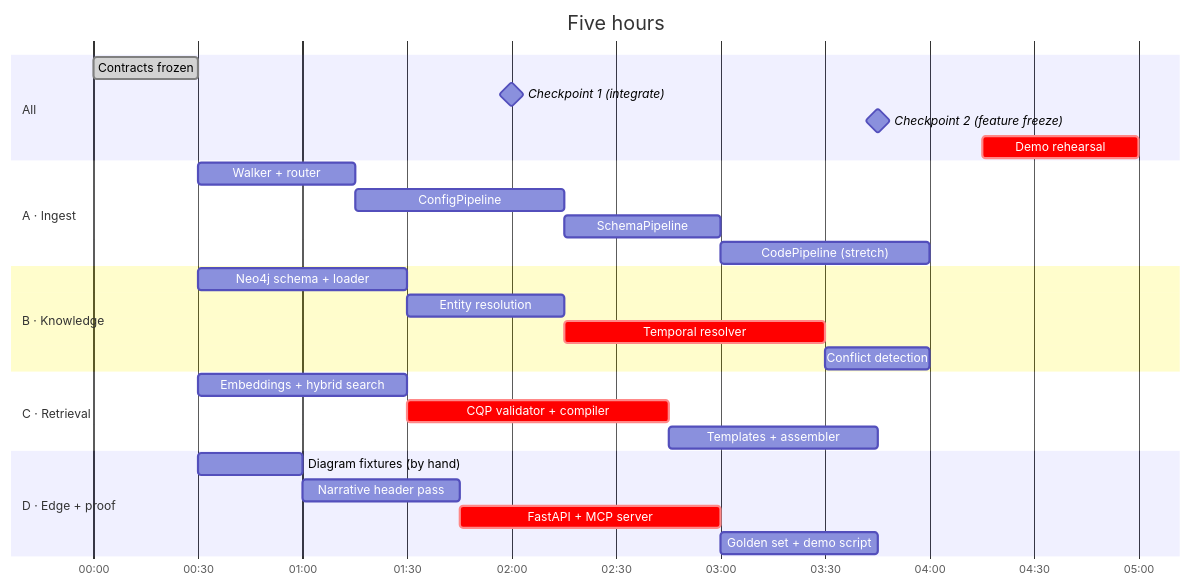
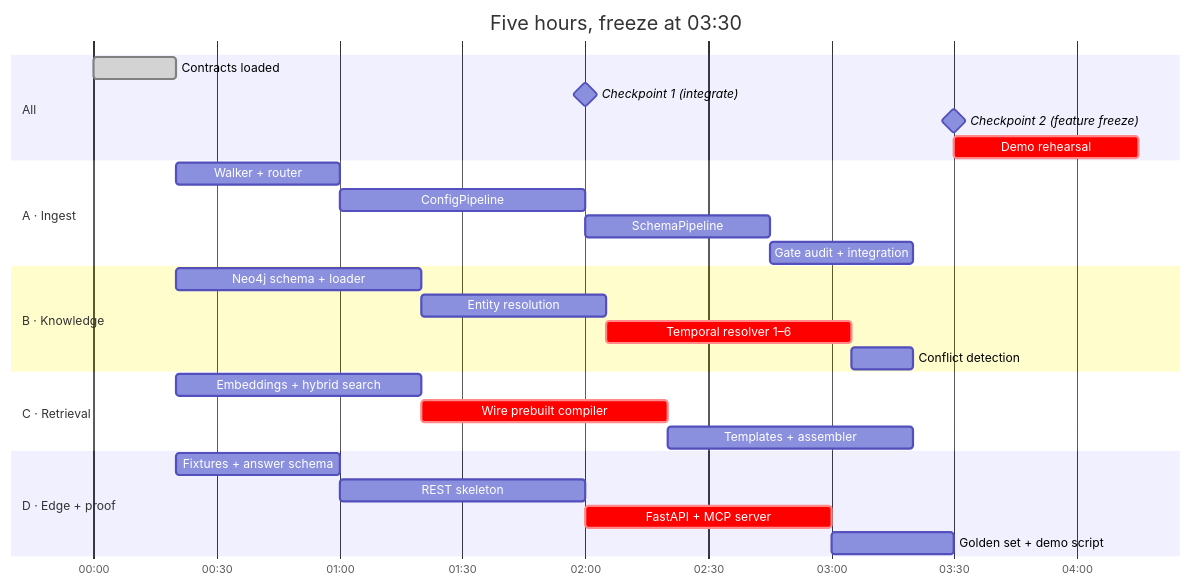
Before and after one commit to Olek-on4/winning-context-app: the diagram in docs/08-delivery-plan.md, drawn with Mermaid. The commit also changed other lines of this file and 14 other files, not shown here.

First line of the commit message:
docs: freeze v1.0 scope, resolve five blockers, add ponytail rules

````diff
--- a/docs/08-delivery-plan.md
+++ b/docs/08-delivery-plan.md
@@ -67,30 +74,30 @@
 ```mermaid
 gantt
     dateFormat HH:mm
     axisFormat %H:%M
-    title Five hours
+    title Five hours, freeze at 03:30
     section All
-    Contracts frozen            :done, c, 00:00, 30m
+    Contracts loaded            :done, c, 00:00, 20m
     Checkpoint 1 (integrate)    :milestone, m1, 02:00, 0m
-    Checkpoint 2 (feature freeze):milestone, m2, 03:45, 0m
-    Demo rehearsal              :crit, 04:15, 45m
+    Checkpoint 2 (feature freeze):milestone, m2, 03:30, 0m
+    Demo rehearsal              :crit, dr, 03:30, 45m
     section A · Ingest
-    Walker + router             :a1, 00:30, 45m
+    Walker + router             :a1, 00:20, 40m
     ConfigPipeline              :a2, after a1, 60m
     SchemaPipeline              :a3, after a2, 45m
-    CodePipeline (stretch)      :a4, after a3, 60m
+    Gate audit + integration    :a4, after a3, 35m
     section B · Knowledge
-    Neo4j schema + loader       :b1, 00:30, 60m
+    Neo4j schema + loader       :b1, 00:20, 60m
     Entity resolution           :b2, after b1, 45m
-    Temporal resolver           :crit, b3, after b2, 75m
-    Conflict detection          :b4, after b3, 30m
+    Temporal resolver 1–6       :crit, b3, after b2, 60m
+    Conflict detection          :b4, after b3, 15m
     section C · Retrieval
-    Embeddings + hybrid search  :c1, 00:30, 60m
-    CQP validator + compiler    :crit, c2, after c1, 75m
+    Embeddings + hybrid search  :c1, 00:20, 60m
+    Wire prebuilt compiler      :crit, c2, after c1, 60m
     Templates + assembler       :c3, after c2, 60m
     section D · Edge + proof
-    Diagram fixtures (by hand)  :d1, 00:30, 30m
-    Narrative header pass       :d2, after d1, 45m
-    FastAPI + MCP server        :crit, d3, after d2, 75m
-    Golden set + demo script    :d4, after d3, 45m
+    Fixtures + answer schema    :d1, 00:20, 40m
+    REST skeleton               :d2, after d1, 60m
+    FastAPI + MCP server        :crit, d3, after d2, 60m
+    Golden set + demo script    :d4, after d3, 30m
 ```
````
